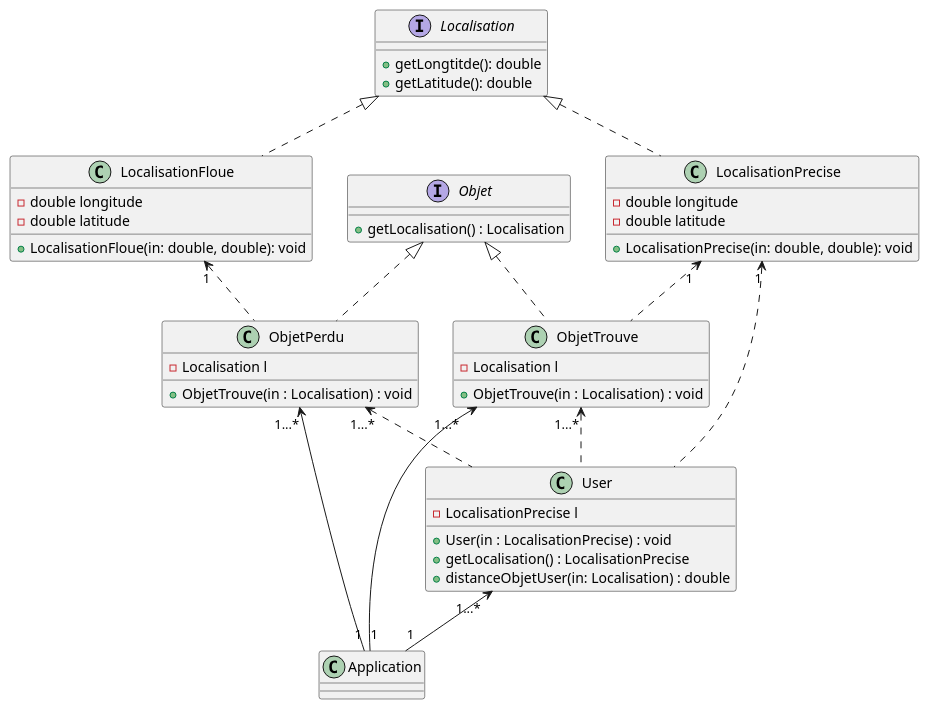
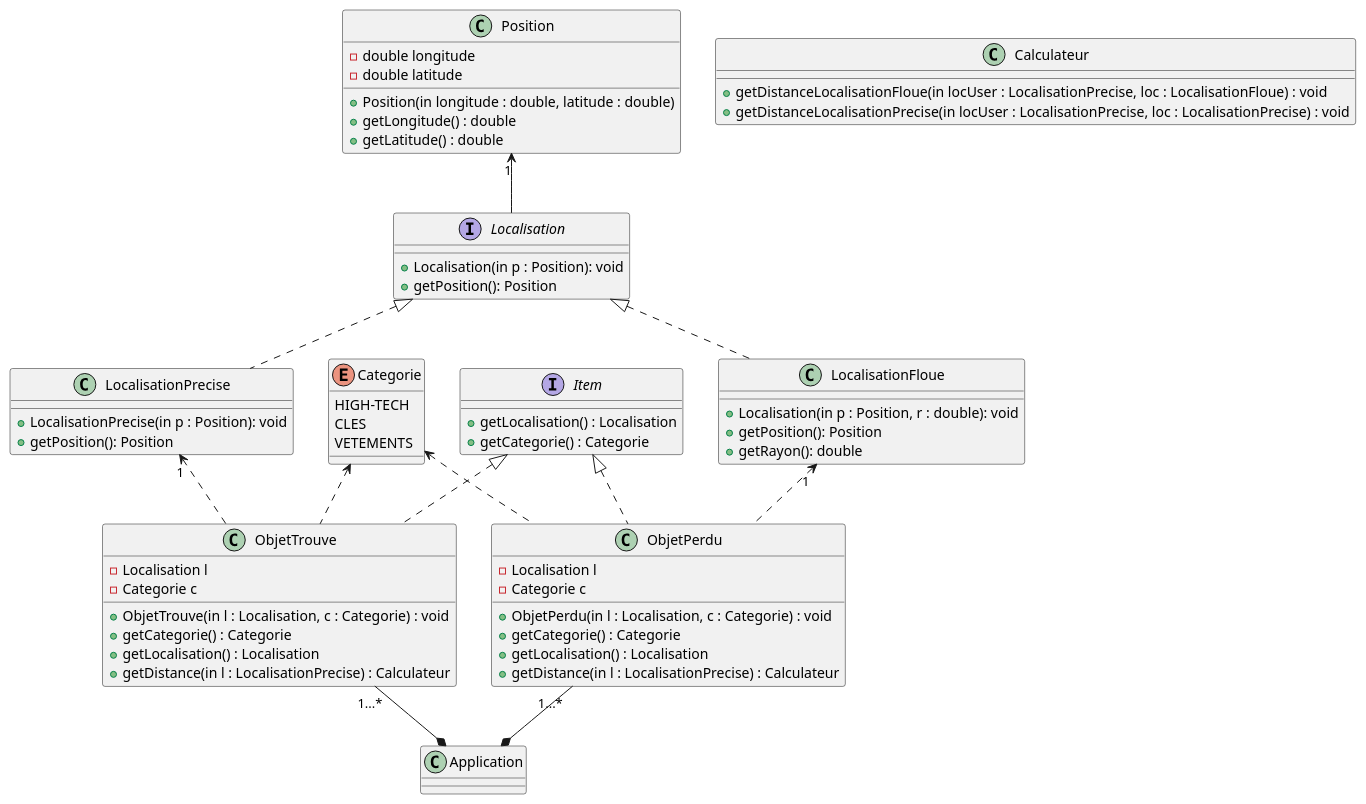
Before and after one commit to raphaelmeissonnier/Foundem_back_end: the diagram in cahier_des_specifications/model.puml, drawn with PlantUML. The commit also changed 9 other files, not shown here.

```diff
--- a/cahier_des_specifications/model.puml
+++ b/cahier_des_specifications/model.puml
@@ -1,60 +1,84 @@
 @startuml
 'https://plantuml.com/class-diagram
 
 class Application
-interface Objet
+enum Categorie
+{
+    HIGH-TECH
+    CLES
+    VETEMENTS
+}
+class Calculateur
+{
+    +getDistanceLocalisationFloue(in locUser : LocalisationPrecise, loc : LocalisationFloue) : void
+    +getDistanceLocalisationPrecise(in locUser : LocalisationPrecise, loc : LocalisationPrecise) : void
+}
+interface Item
 {
     +getLocalisation() : Localisation
+    +getCategorie() : Categorie
 }
 class ObjetTrouve
 {
     -Localisation l
-    +ObjetTrouve(in : Localisation) : void
+    -Categorie c
+    +ObjetTrouve(in l : Localisation, c : Categorie) : void
+    +getCategorie() : Categorie
+    +getLocalisation() : Localisation
+    +getDistance(in l : LocalisationPrecise) : Calculateur
 }
 class ObjetPerdu
 {
     -Localisation l
-    +ObjetTrouve(in : Localisation) : void
+    -Categorie c
+    +ObjetPerdu(in l : Localisation, c : Categorie) : void
+    +getCategorie() : Categorie
+    +getLocalisation() : Localisation
+    +getDistance(in l : LocalisationPrecise) : Calculateur
+}
+class Position
+{
+    - double longitude
+    - double latitude
+    + Position(in longitude : double, latitude : double)
+    + getLongitude() : double
+    + getLatitude() : double
 }
 interface Localisation
 {
-    +getLongtitde(): double
-    +getLatitude(): double
+    +Localisation(in p : Position): void
+    +getPosition(): Position
 }
 class LocalisationPrecise
 {
-    -double longitude
-    -double latitude
-    +LocalisationPrecise(in: double, double): void
+    +LocalisationPrecise(in p : Position): void
+    +getPosition(): Position
 }
 class LocalisationFloue
 {
-    -double longitude
-    -double latitude
-    +LocalisationFloue(in: double, double): void
-}
-
-class User
-{
-    -LocalisationPrecise l
-    +User(in : LocalisationPrecise) : void
-    +getLocalisation() : LocalisationPrecise
-    +distanceObjetUser(in: Localisation) : double
+    +Localisation(in p : Position, r : double): void
+    +getPosition(): Position
+    +getRayon(): double
 }
 
 
-ObjetTrouve "1...*" <-- "1" Application
-ObjetPerdu "1...*" <-- "1" Application
-Objet <|.. ObjetPerdu
-Objet <|.. ObjetTrouve
+ObjetTrouve "1...*" --* Application
+ObjetPerdu "1...*" --* Application
+
+Categorie <.. ObjetTrouve
+Categorie <.. ObjetPerdu
+
+Item <|.. ObjetPerdu
+Item <|.. ObjetTrouve
+
+
 Localisation <|.. LocalisationPrecise
 Localisation <|.. LocalisationFloue
+
 LocalisationPrecise "1" <.. ObjetTrouve
 LocalisationFloue "1" <.. ObjetPerdu
-LocalisationPrecise "1" <.. User
-ObjetTrouve "1...*" <.. User
-ObjetPerdu "1...*" <.. User
-User "1...*" <-- "1" Application
+
+Position "1" <-- Localisation
 
 
 @enduml
```
